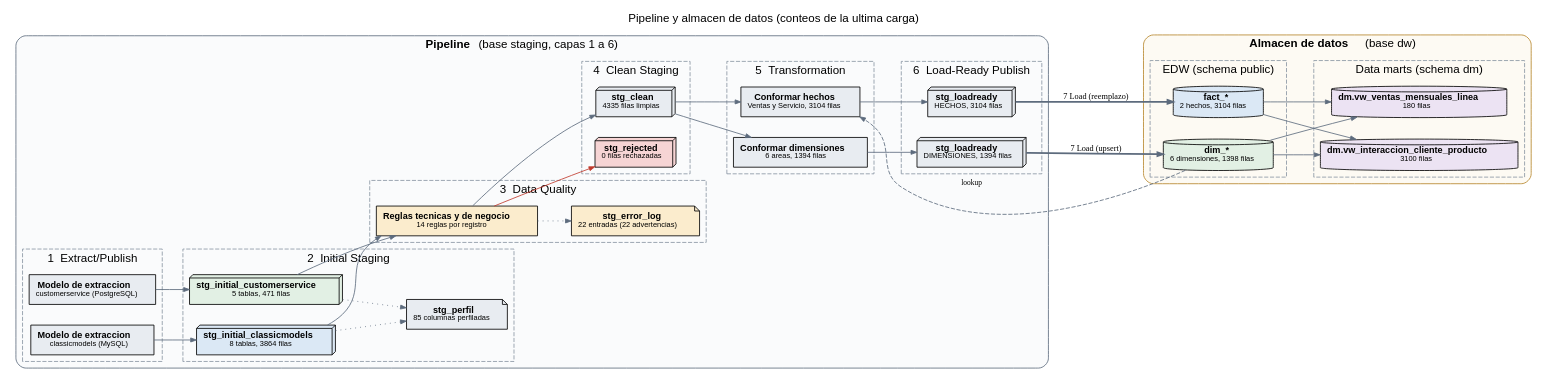
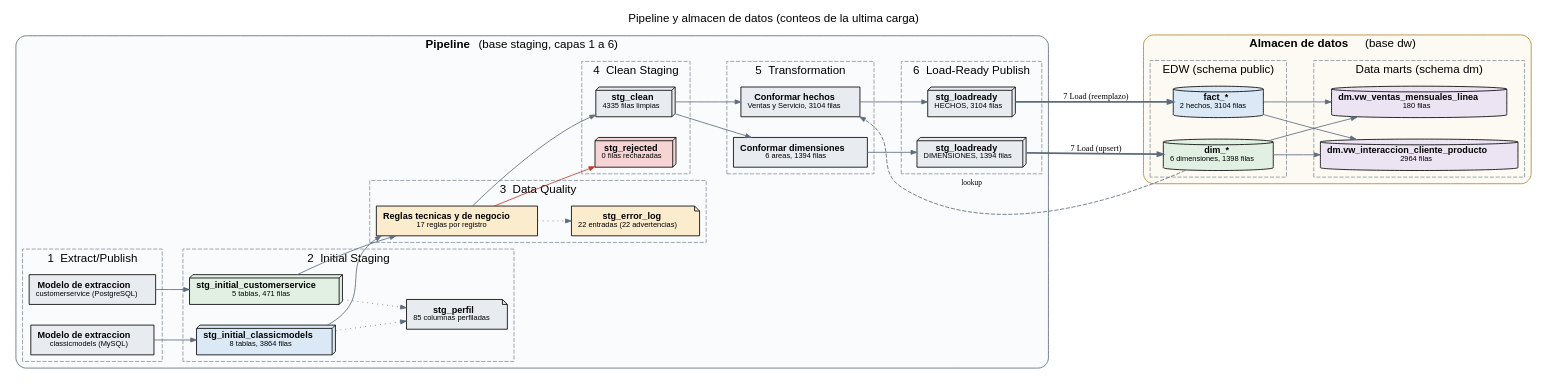
Before and after one commit to salo368/proyecto-modelos-datos: the diagram in docs/img/etl_pipeline.dot, drawn with Graphviz. The commit also changed 8 other files, not shown here.

First line of the commit message:
Regenerar backups, reporte de calidad y diagramas

```diff
--- a/docs/img/etl_pipeline.dot
+++ b/docs/img/etl_pipeline.dot
@@ -1,56 +1,56 @@
 digraph pipeline {
   graph [rankdir=LR, nodesep=0.35, ranksep=0.55, fontname="Helvetica", label="Pipeline y almacen de datos (conteos de la ultima carga)", labelloc=t, fontsize=14];
   node [fontname="Helvetica", fontsize=11];
   edge [color="#5d6b7d", arrowsize=0.7];
 
   subgraph cluster_pipeline { label=<<B>Pipeline</B> (base staging, capas 1 a 6)>; style="rounded,filled"; fillcolor="#fafbfc"; color="#5d6b7d";
     subgraph cluster_1 { label="1  Extract/Publish"; style=dashed; color="#8a96a3";
     ext_cm [shape=box, style="filled", fillcolor="#e8ecf1", label=<<B>Modelo de extraccion</B><BR/><FONT POINT-SIZE="9">classicmodels (MySQL)</FONT>>];
     ext_cs [shape=box, style="filled", fillcolor="#e8ecf1", label=<<B>Modelo de extraccion</B><BR/><FONT POINT-SIZE="9">customerservice (PostgreSQL)</FONT>>];
     }
     subgraph cluster_2 { label="2  Initial Staging"; style=dashed; color="#8a96a3";
     ini_cm [shape=box3d, style="filled", fillcolor="#dbe8f5", label=<<B>stg_initial_classicmodels</B><BR/><FONT POINT-SIZE="9">8 tablas, 3864 filas</FONT>>];
     ini_cs [shape=box3d, style="filled", fillcolor="#e2f0e4", label=<<B>stg_initial_customerservice</B><BR/><FONT POINT-SIZE="9">5 tablas, 471 filas</FONT>>];
     profile [shape=note, style="filled", fillcolor="#e8ecf1", label=<<B>stg_perfil</B><BR/><FONT POINT-SIZE="9">85 columnas perfiladas</FONT>>];
     }
     subgraph cluster_3 { label="3  Data Quality"; style=dashed; color="#8a96a3";
-    dq [shape=box, style="filled", fillcolor="#fbeccd", label=<<B>Reglas tecnicas y de negocio</B><BR/><FONT POINT-SIZE="9">14 reglas por registro</FONT>>];
+    dq [shape=box, style="filled", fillcolor="#fbeccd", label=<<B>Reglas tecnicas y de negocio</B><BR/><FONT POINT-SIZE="9">17 reglas por registro</FONT>>];
     errlog [shape=note, style="filled", fillcolor="#fbeccd", label=<<B>stg_error_log</B><BR/><FONT POINT-SIZE="9">22 entradas (22 advertencias)</FONT>>];
     }
     subgraph cluster_4 { label="4  Clean Staging"; style=dashed; color="#8a96a3";
     clean [shape=box3d, style="filled", fillcolor="#e8ecf1", label=<<B>stg_clean</B><BR/><FONT POINT-SIZE="9">4335 filas limpias</FONT>>];
     rej [shape=box3d, style="filled", fillcolor="#f6d4d4", label=<<B>stg_rejected</B><BR/><FONT POINT-SIZE="9">0 filas rechazadas</FONT>>];
     }
     subgraph cluster_5 { label="5  Transformation"; style=dashed; color="#8a96a3";
     tr_d [shape=box, style="filled", fillcolor="#e8ecf1", label=<<B>Conformar dimensiones</B><BR/><FONT POINT-SIZE="9">6 areas, 1394 filas</FONT>>];
     tr_f [shape=box, style="filled", fillcolor="#e8ecf1", label=<<B>Conformar hechos</B><BR/><FONT POINT-SIZE="9">Ventas y Servicio, 3104 filas</FONT>>];
     }
     subgraph cluster_6 { label="6  Load-Ready Publish"; style=dashed; color="#8a96a3";
     lr_d [shape=box3d, style="filled", fillcolor="#e8ecf1", label=<<B>stg_loadready</B><BR/><FONT POINT-SIZE="9">DIMENSIONES, 1394 filas</FONT>>];
     lr_f [shape=box3d, style="filled", fillcolor="#e8ecf1", label=<<B>stg_loadready</B><BR/><FONT POINT-SIZE="9">HECHOS, 3104 filas</FONT>>];
     }
   }
 
   subgraph cluster_dw { label=<<B>Almacen de datos</B> (base dw)>; style="rounded,filled"; fillcolor="#fdfaf3"; color="#b7862b";
     subgraph cluster_edw { label="EDW (schema public)"; style=dashed; color="#8a96a3";
     dims [shape=cylinder, style="filled", fillcolor="#e2f0e4", label=<<B>dim_*</B><BR/><FONT POINT-SIZE="9">6 dimensiones, 1398 filas</FONT>>];
     facts [shape=cylinder, style="filled", fillcolor="#dbe8f5", label=<<B>fact_*</B><BR/><FONT POINT-SIZE="9">2 hechos, 3104 filas</FONT>>];
     }
     subgraph cluster_dm { label="Data marts (schema dm)"; style=dashed; color="#8a96a3";
-    dm1 [shape=cylinder, style="filled", fillcolor="#ece3f3", label=<<B>dm.vw_interaccion_cliente_producto</B><BR/><FONT POINT-SIZE="9">3100 filas</FONT>>];
+    dm1 [shape=cylinder, style="filled", fillcolor="#ece3f3", label=<<B>dm.vw_interaccion_cliente_producto</B><BR/><FONT POINT-SIZE="9">2964 filas</FONT>>];
     dm2 [shape=cylinder, style="filled", fillcolor="#ece3f3", label=<<B>dm.vw_ventas_mensuales_linea</B><BR/><FONT POINT-SIZE="9">180 filas</FONT>>];
     }
   }
 
   ext_cm -> ini_cm; ext_cs -> ini_cs;
   ini_cm -> profile [style=dotted]; ini_cs -> profile [style=dotted];
   ini_cm -> dq; ini_cs -> dq;
   dq -> errlog [style=dotted];
   dq -> clean; dq -> rej [color="#c0392b"];
   clean -> tr_d; clean -> tr_f;
   tr_d -> lr_d; tr_f -> lr_f;
   lr_d -> dims [penwidth=2, label="7 Load (upsert)", fontsize=10];
   lr_f -> facts [penwidth=2, label="7 Load (reemplazo)", fontsize=10];
   dims -> tr_f [style=dashed, label="lookup", fontsize=9];
   facts -> dm1; dims -> dm1; facts -> dm2; dims -> dm2;
 }
```
